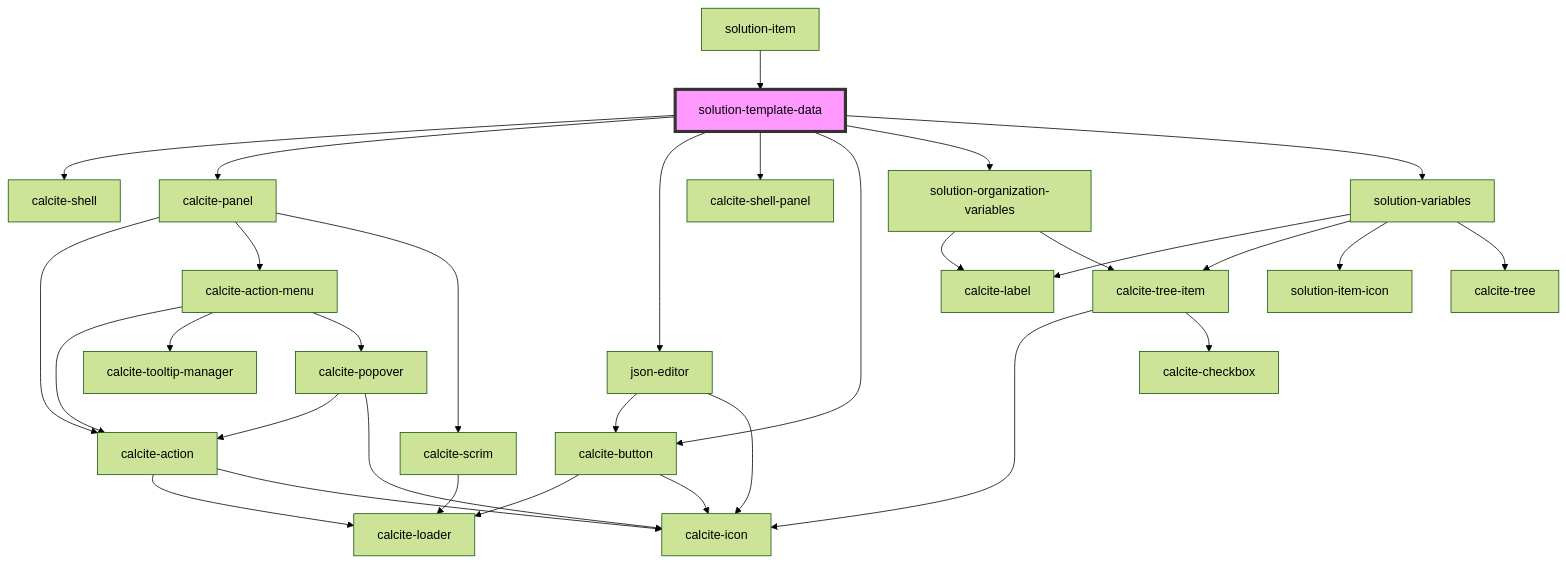
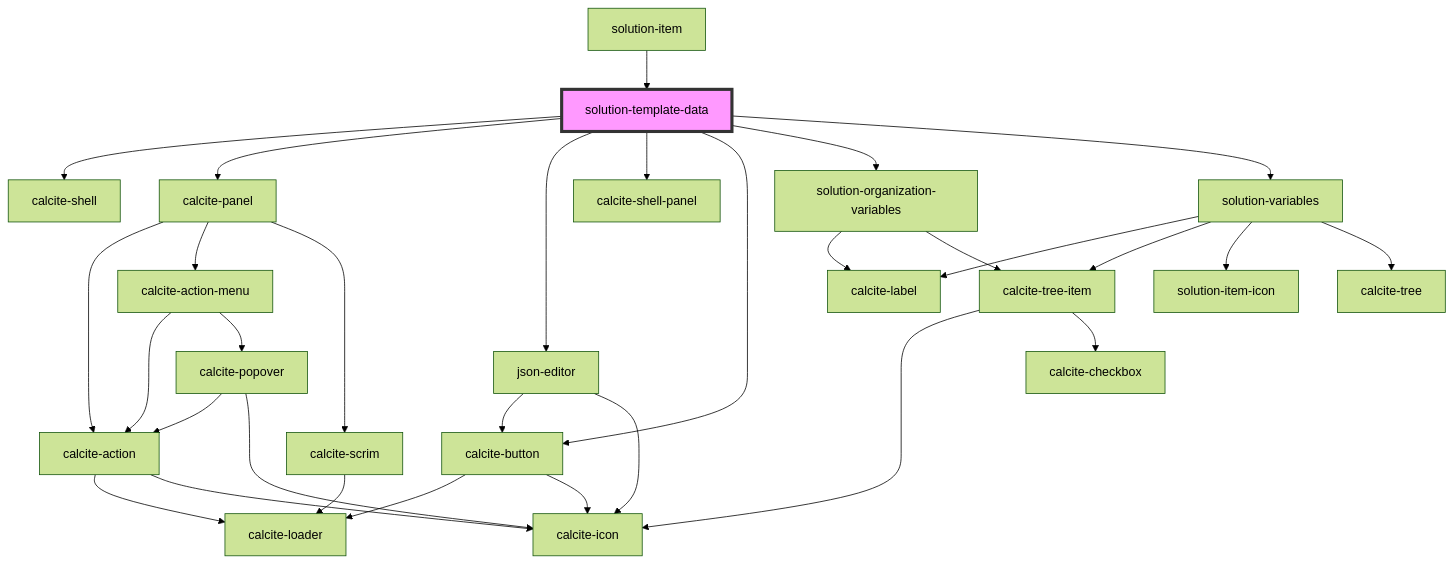
The diagram in src/components/solution-template-data/readme.md (Esri/solutions-components), drawn with Mermaid (forest theme) before and after one commit. The commit also changed 14 other files, not shown here.

````diff
--- a/src/components/solution-template-data/readme.md
+++ b/src/components/solution-template-data/readme.md
@@ -39,35 +39,34 @@
 ```mermaid
 graph TD;
   solution-template-data --> calcite-shell
   solution-template-data --> calcite-panel
   solution-template-data --> json-editor
   solution-template-data --> calcite-shell-panel
   solution-template-data --> calcite-button
   solution-template-data --> solution-organization-variables
   solution-template-data --> solution-variables
   calcite-panel --> calcite-action
   calcite-panel --> calcite-action-menu
   calcite-panel --> calcite-scrim
   calcite-action --> calcite-loader
   calcite-action --> calcite-icon
   calcite-action-menu --> calcite-action
-  calcite-action-menu --> calcite-tooltip-manager
   calcite-action-menu --> calcite-popover
   calcite-popover --> calcite-action
   calcite-popover --> calcite-icon
   calcite-scrim --> calcite-loader
   json-editor --> calcite-button
   json-editor --> calcite-icon
   calcite-button --> calcite-loader
   calcite-button --> calcite-icon
   solution-organization-variables --> calcite-label
   solution-organization-variables --> calcite-tree-item
   calcite-tree-item --> calcite-icon
   calcite-tree-item --> calcite-checkbox
   solution-variables --> calcite-label
   solution-variables --> calcite-tree-item
   solution-variables --> solution-item-icon
   solution-variables --> calcite-tree
   solution-item --> solution-template-data
   style solution-template-data fill:#f9f,stroke:#333,stroke-width:4px
 ```
````
